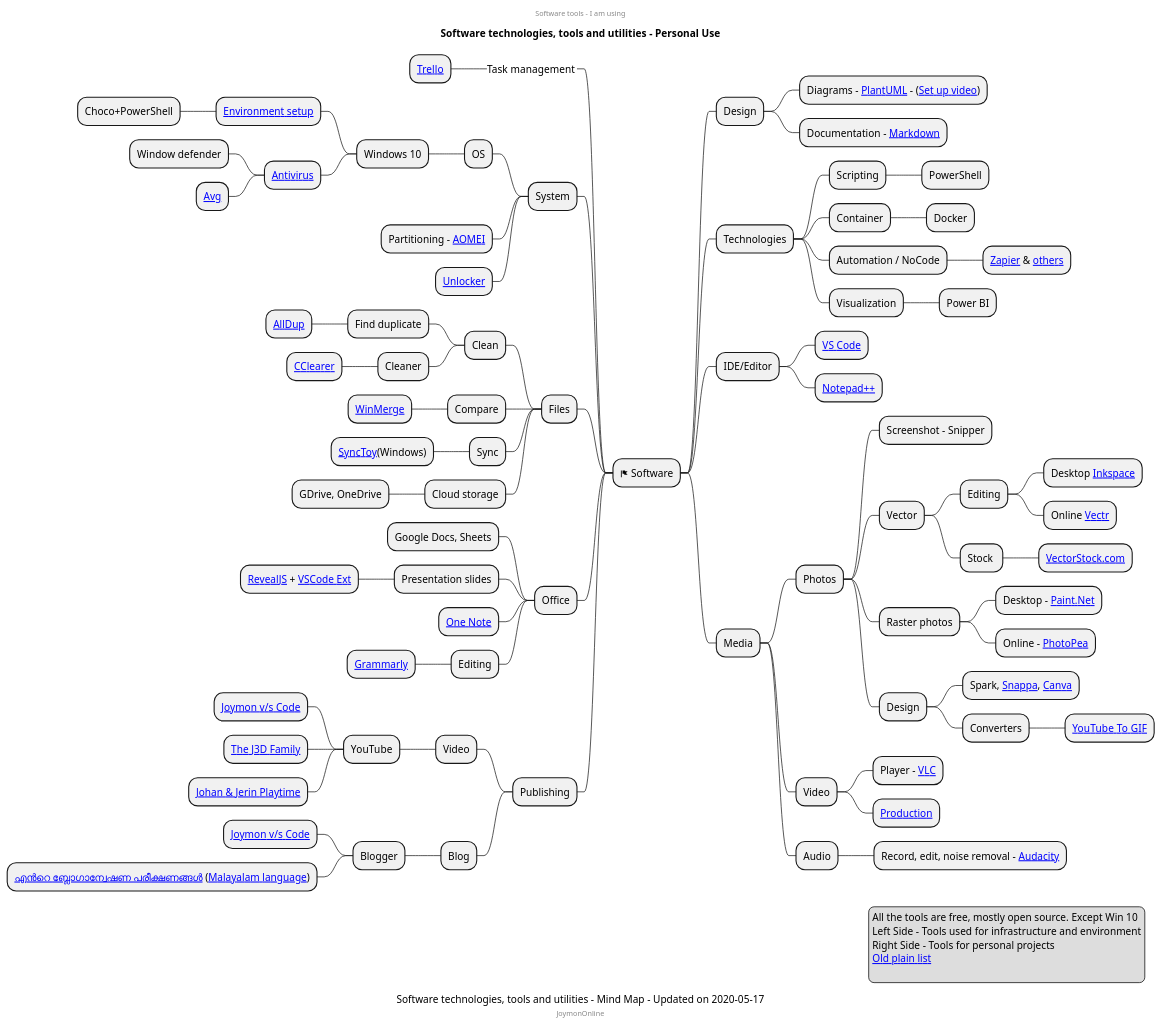
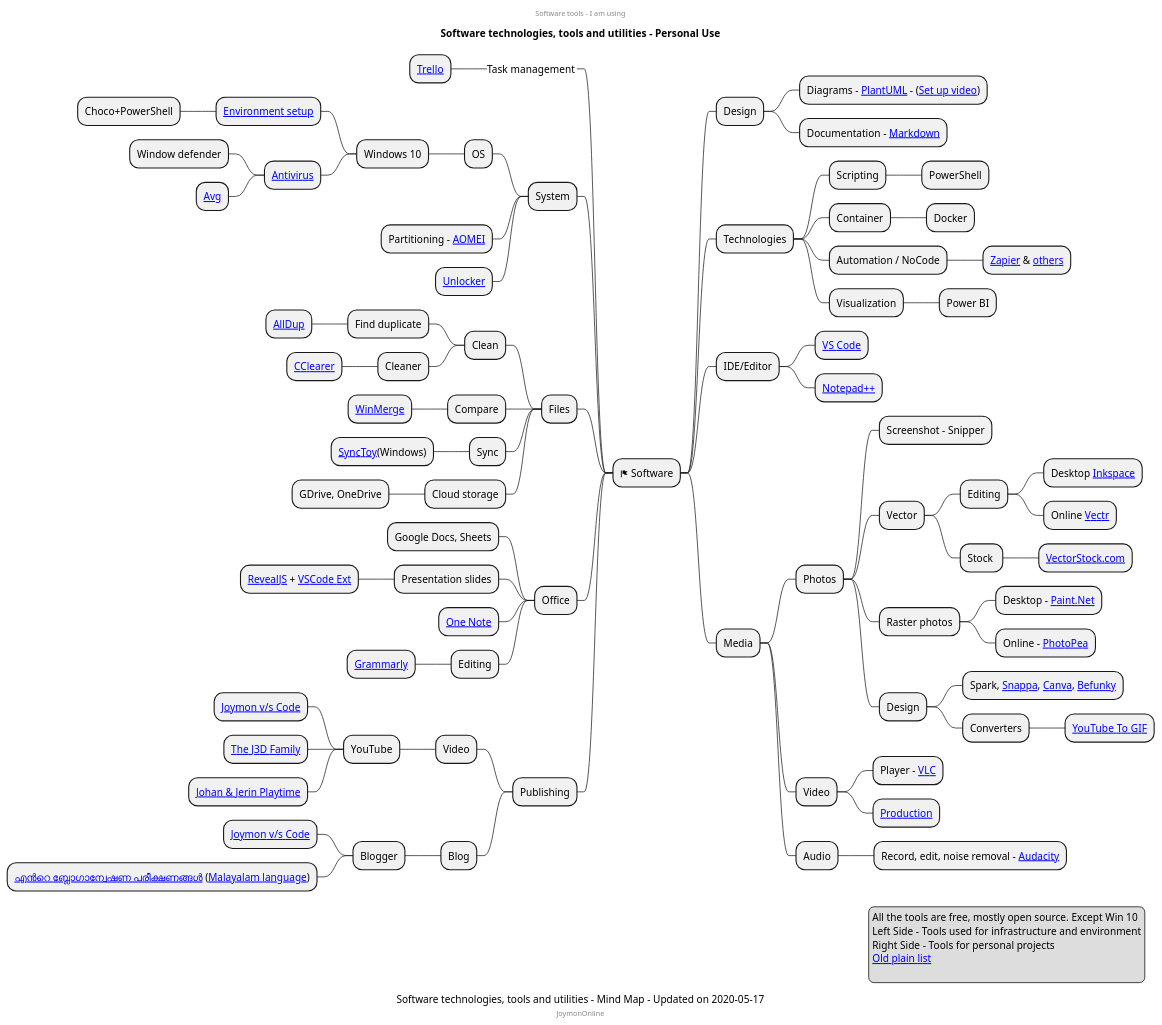
The diagram in software-tools/personal-tools.puml (mind-maps/software), drawn with PlantUML before and after one commit.

Commit message:
added befunky

```diff
--- a/software-tools/personal-tools.puml
+++ b/software-tools/personal-tools.puml
@@ -1,99 +1,99 @@
 @startmindmap
 center header
 Software tools - I am using
 endheader
 title Software technologies, tools and utilities - Personal Use
 caption Software technologies, tools and utilities - Mind Map - Updated on 2020-05-17
 center footer JoymonOnline
 * <&flag> Software
 ** Design
 *** Diagrams - [[https://en.wikipedia.org/wiki/PlantUML PlantUML]] - ([[https://www.youtube.com/watch?v=Zt3Bj1HMJ8g Set up video]])
 *** Documentation - [[https://en.wikipedia.org/wiki/Markdown Markdown]]
 ** Technologies
 *** Scripting
 **** PowerShell
 *** Container
 **** Docker
 *** Automation / NoCode
 **** [[https://zapier.com/home Zapier]] & [[https://gist.github.com/joymon/89aeb18bef588895426b46a54e2ba970 others]]
 *** Visualization
 **** Power BI
 ** IDE/Editor
 *** [[https://code.visualstudio.com/ VS Code]]
 *** [[https://notepad-plus-plus.org/ Notepad++]]
 
 ** Media
 *** Photos
 **** Screenshot - Snipper
 **** Vector
 ***** Editing
 ****** Desktop [[https://inkscape.org/ Inkspace]]
 ****** Online [[https://vectr.com/ Vectr]]
 ***** Stock 
 ****** [[https://www.vectorstock.com/ VectorStock.com]]
 **** Raster photos
 ***** Desktop - [[https://www.getpaint.net/ Paint.Net]]
 ***** Online - [[https://www.photopea.com/ PhotoPea]]
 **** Design
-***** Spark, [[https://snappa.com/ Snappa]], [[https://www.canva.com/ Canva]]
+***** Spark, [[https://snappa.com/ Snappa]], [[https://www.canva.com/ Canva]], [[https://www.befunky.com/ Befunky]]
 ***** Converters
 ****** [[https://gifrun.com/ YouTube To GIF]]
 *** Video
 **** Player - [[https://www.videolan.org/vlc/download-windows.html VLC]]
 **** [[https://www.plantuml.com/plantuml/proxy?fmt=svg&cache=no&src=https://raw.githubusercontent.com/mind-maps/technology/master/media/video/publishing.puml Production]]
 *** Audio
 **** Record, edit, noise removal - [[https://www.audacityteam.org/download/ Audacity]]
 
 left side
 
 **_ Task management
 *** [[https://trello.com/ Trello]]
 ** System
 *** OS
 **** Windows 10
 ***** [[https://github.com/joymon/win10-dev-box-setup Environment setup]]
 ****** Choco+PowerShell
 ***** [[https://www.av-test.org/en/antivirus/home-windows/ Antivirus]]
 ****** Window defender
 ****** [[https://www.avg.com/ Avg]]
 *** Partitioning - [[https://www.diskpart.com/free-partition-manager.html AOMEI]]
 *** [[http://www.emptyloop.com/unlocker/ Unlocker]]
 ** Files
 *** Clean
 **** Find duplicate
 ***** [[http://www.alldup.info/en_download_alldup.php AllDup]]
 **** Cleaner
 ***** [[https://www.ccleaner.com/ CClearer]]
 *** Compare
 **** [[https://winmerge.org/?lang=en WinMerge]]
 *** Sync
 **** [[https://www.microsoft.com/en-us/download/details.aspx?id=15155 SyncToy]](Windows)
 *** Cloud storage
 **** GDrive, OneDrive
 ** Office
 *** Google Docs, Sheets
 *** Presentation slides
 **** [[https://revealjs.com/ RevealJS]] + [[https://marketplace.visualstudio.com/items?itemName=evilz.vscode-reveal VSCode Ext]]
 *** [[https://www.onenote.com/ One Note]]
 *** Editing
 **** [[https://app.grammarly.com/ Grammarly]]
 ** Publishing
 *** Video
 **** YouTube
 ***** [[https://www.youtube.com/channel/UC78wYrq_keVaDV8STReHRxg Joymon v/s Code]]
 ***** [[https://www.youtube.com/channel/UCzYqSifCwLYpmgRxvNo7BzA The J3D Family]]
 ***** [[https://www.youtube.com/channel/UC1D3Fy0L0aoI0OfUEZnWy5A Johan & Jerin Playtime]]
 *** Blog
 **** Blogger
 ***** [[https://joymonscode.blogspot.com/ Joymon v/s Code]]
 ***** [[https://joy-mon.blogspot.com/ എന്‍റെ ബ്ലോഗാന്വേഷണ പരീക്ഷണങ്ങള്‍]] ([[https://en.wikipedia.org/wiki/Malayalam Malayalam language]])
 
 legend right
 All the tools are free, mostly open source. Except Win 10
 Left Side - Tools used for infrastructure and environment
 Right Side - Tools for personal projects
 [[https://joymonscode.blogspot.com/2017/05/toolbox-for-open-source-developers.html Old plain list]]
   
 endlegend
 
 @endmindmap
```
